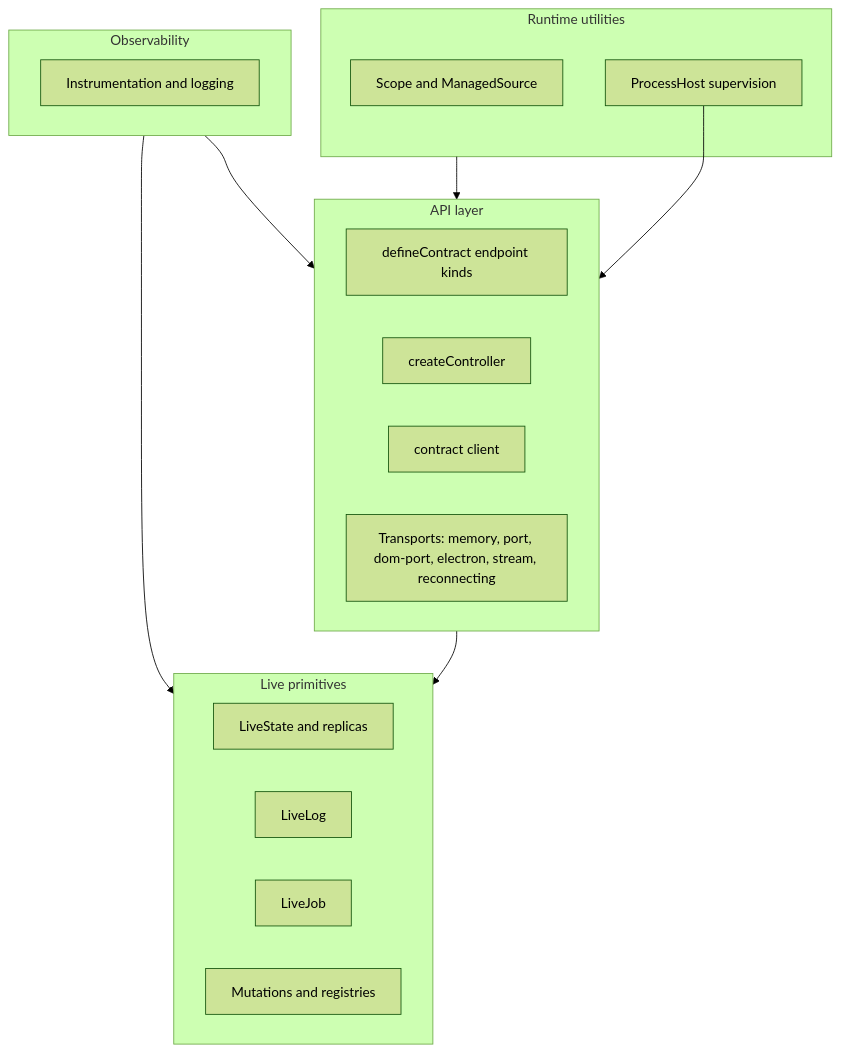
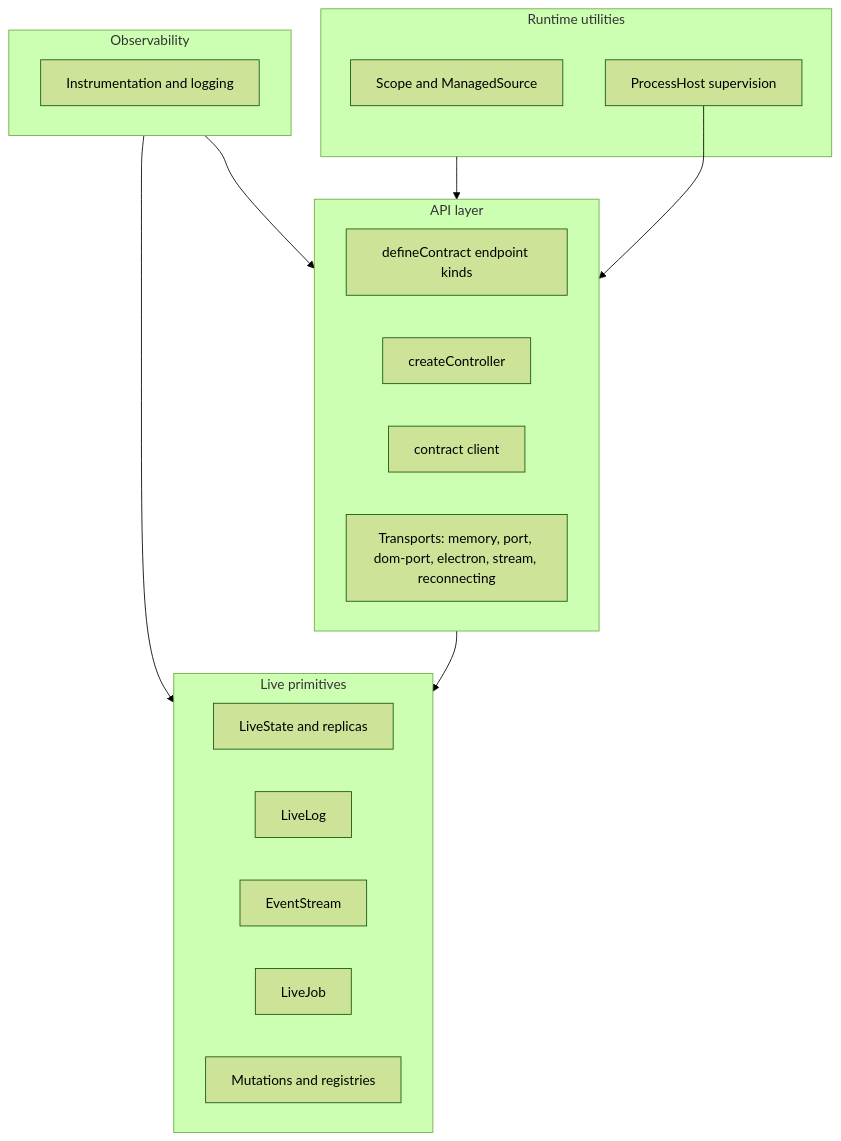
One commit to luisKisters/emdash changed the diagram in packages/wire/docs/README.md. Above: the diagram before and after it, drawn with Mermaid (forest theme). The commit also changed other lines of this file and 19 other files, not shown here.

Commit message:
feat: add wire event stream

````diff
--- a/packages/wire/docs/README.md
+++ b/packages/wire/docs/README.md
@@ -9,26 +9,27 @@
 ```mermaid
 flowchart TB
   subgraph runtime [Runtime utilities]
     scope[Scope and ManagedSource]
     processHost[ProcessHost supervision]
   end
   subgraph api [API layer]
     contracts[defineContract endpoint kinds]
     controller[createController]
     client[contract client]
     transports[Transports: memory, port, dom-port, electron, stream, reconnecting]
   end
   subgraph live [Live primitives]
     model[LiveState and replicas]
     log[LiveLog]
+    eventStream[EventStream]
     job[LiveJob]
     mutations[Mutations and registries]
   end
   subgraph observability [Observability]
     instrumentation[Instrumentation and logging]
   end
   runtime --> api --> live
   observability --> api
   observability --> live
   processHost --> api
 ```
````
